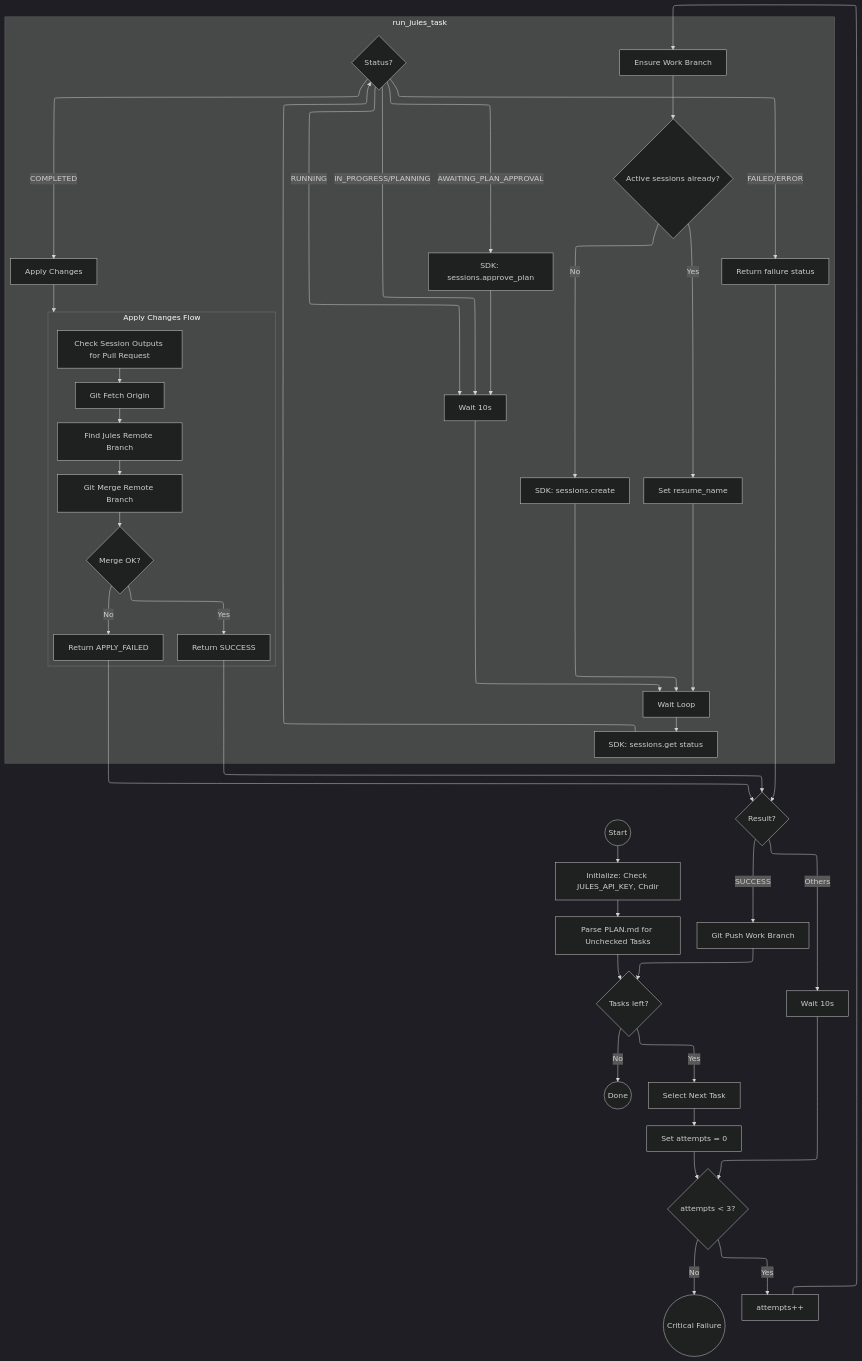
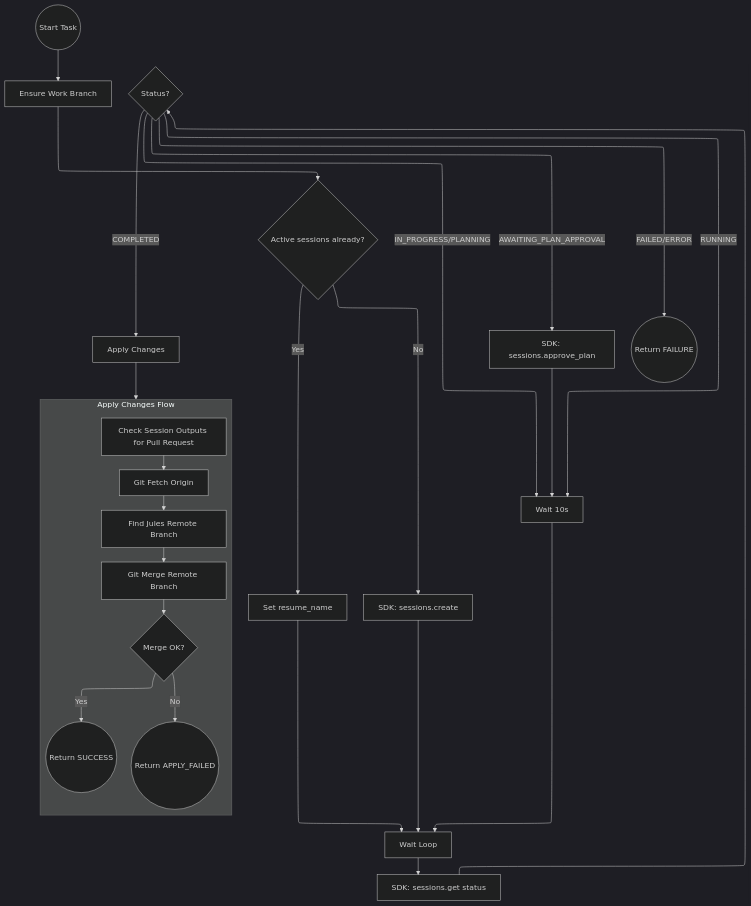
One commit to JonathanHarford/verne_durand changed the second of 2 diagrams in README.md. Above: the diagram before and after it, drawn with Mermaid (dark theme).

Commit message:
Split flow architecture diagram in README into two
Splits the single large Mermaid diagram into two separate diagrams:
1. Main Orchestration Loop
2. Task Execution Detail

This improves readability and modularity. Also updates the TODO list.

````diff
--- a/README.md
+++ b/README.md
@@ -28,68 +59,40 @@
 ```mermaid
 ---
 config:
   layout: elk
 ---
 flowchart TD
-    Start((Start)) --> Init[Initialize: Check JULES_API_KEY, Chdir]
-    Init --> ParsePlan[Parse PLAN.md for Unchecked Tasks]
-    ParsePlan --> HasTasks{Tasks left?}
-    
-    HasTasks -- No --> Done((Done))
-    
-    HasTasks -- Yes --> GetNextTask[Select Next Task]
-    GetNextTask --> InitRetry[Set attempts = 0]
-    InitRetry --> RetryLoop{attempts < 3?}
-    
-    RetryLoop -- No --> CritFail((Critical Failure))
-    
-    RetryLoop -- Yes --> IncAttempts[attempts++]
-    
-    subgraph Execution [run_jules_task]
+    Entry((Start Task)) --> EnsureBranch[Ensure Work Branch]
+    EnsureBranch --> CheckExisting{Active sessions already?}
+
+    CheckExisting -- Yes --> UseExisting[Set resume_name]
+    CheckExisting -- No --> StartNew[SDK: sessions.create]
+
+    UseExisting --> WaitLoop
+    StartNew --> WaitLoop[Wait Loop]
+
+    WaitLoop --> Poll[SDK: sessions.get status]
+    Poll --> Status{Status?}
+
+    Status -- AWAITING_PLAN_APPROVAL --> Approve[SDK: sessions.approve_plan]
+    Approve --> WaitWait
+
+    Status -- IN_PROGRESS/PLANNING --> WaitWait[Wait 10s]
+    WaitWait --> WaitLoop
+
+    Status -- RUNNING --> WaitWait
+
+    Status -- FAILED/ERROR --> ReturnFail((Return FAILURE))
+    Status -- COMPLETED --> ApplyChanges[Apply Changes]
+
+    subgraph MergeWorkflow [Apply Changes Flow]
         direction TB
-        Entry[Ensure Work Branch] --> CheckExisting{Active sessions already?}
-        
-        CheckExisting -- Yes --> UseExisting[Set resume_name]
-        CheckExisting -- No --> StartNew[SDK: sessions.create]
-        
-        UseExisting --> WaitLoop
-        StartNew --> WaitLoop[Wait Loop]
-        
-        WaitLoop --> Poll[SDK: sessions.get status]
-        Poll --> Status{Status?}
-        
-        Status -- AWAITING_PLAN_APPROVAL --> Approve[SDK: sessions.approve_plan]
-        Approve --> WaitWait
-        
-        Status -- IN_PROGRESS/PLANNING --> WaitWait[Wait 10s]
-        WaitWait --> WaitLoop
-        
-        Status -- RUNNING --> WaitWait
-        
-        Status -- FAILED/ERROR --> ReturnFail[Return failure status]
-        Status -- COMPLETED --> ApplyChanges[Apply Changes]
-        
-        subgraph MergeWorkflow [Apply Changes Flow]
-            direction TB
-            CheckOutputs[Check Session Outputs for Pull Request] --> Fetch[Git Fetch Origin]
-            Fetch --> FindBranch[Find Jules Remote Branch]
-            FindBranch --> Merge[Git Merge Remote Branch]
-            Merge --> MergeSuccess{Merge OK?}
-            MergeSuccess -- Yes --> ReturnSuccess[Return SUCCESS]
-            MergeSuccess -- No --> ReturnApplyFail[Return APPLY_FAILED]
-        end
-        ApplyChanges --> MergeWorkflow
+        CheckOutputs[Check Session Outputs for Pull Request] --> Fetch[Git Fetch Origin]
+        Fetch --> FindBranch[Find Jules Remote Branch]
+        FindBranch --> Merge[Git Merge Remote Branch]
+        Merge --> MergeSuccess{Merge OK?}
+        MergeSuccess -- Yes --> ReturnSuccess((Return SUCCESS))
+        MergeSuccess -- No --> ReturnApplyFail((Return APPLY_FAILED))
     end
-    
-    IncAttempts --> Entry
-    
-    ReturnSuccess --> Result
-    ReturnFail --> Result
-    ReturnApplyFail --> Result
-    
-    Result{Result?} -- SUCCESS --> Push[Git Push Work Branch]
-    Push --> HasTasks
-    
-    Result -- Others --> RetryWait[Wait 10s]
-    RetryWait --> RetryLoop
+    ApplyChanges --> MergeWorkflow
 ```
````
